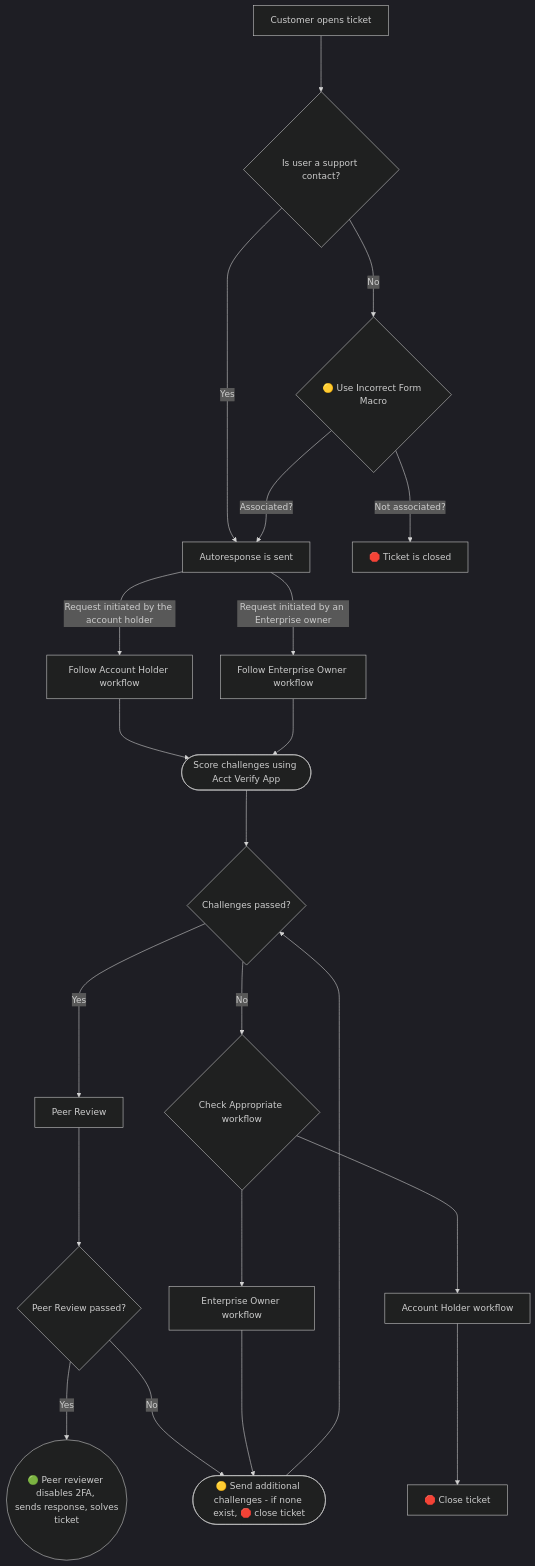
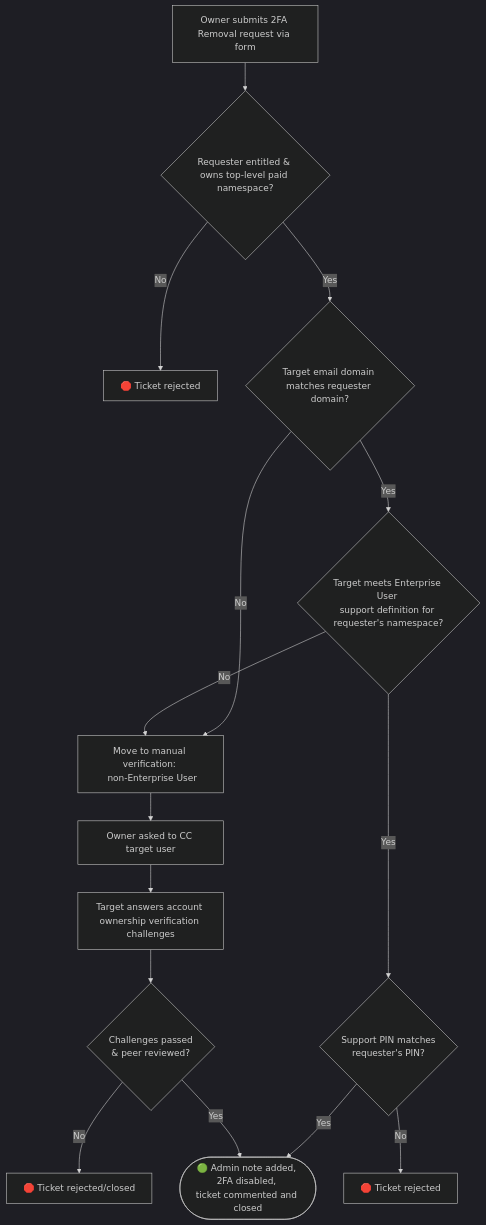
The diagram in content/handbook/support/workflows/2fa-removal.md (kyama0/gitlab-handbook-ja), drawn with Mermaid (dark theme) before and after one commit. The commit also changed other lines of this file and 13 other files, not shown here.

````diff
--- a/content/handbook/support/workflows/2fa-removal.md
+++ b/content/handbook/support/workflows/2fa-removal.md
@@ -269,44 +119,33 @@
 ```mermaid
 flowchart TD
-    A[Customer opens ticket]
-    B{Is user a support contact?}
-    C[Autoresponse is sent]
-    D{🟡 Use Incorrect Form Macro}
-    E[🛑 Ticket is closed]
-    F[Follow Account Holder workflow]
-    G[Follow Enterprise Owner workflow]
-    H([Score challenges using Acct Verify App])
-    I{Challenges passed?}
-    J[Peer Review]
-    K{Peer Review passed?}
-    L{Check Appropriate workflow}
-    M[Account Holder workflow]
-    N[Enterprise Owner workflow]
-    O[🛑 Close ticket]
-    P([🟡 Send additional challenges - if none exist, 🛑 close ticket])
-    Q((🟢 Peer reviewer disables 2FA, </br> sends response, solves ticket))
-    A ---> B
-    B ---> |Yes| C
-    B ---> |No| D
-    D ---> |Associated?| C
-    D ---> | Not associated? | E
-    C ---> |Request initiated by the account holder| F
-    C ---> |Request initiated by an Enterprise owner| G
-    F ---> H
-    G ---> H
-    H ---> I
-    I ---> |Yes| J
-    I ---> |No| L
-    J ---> K
-    K ---> |Yes| Q
-    K ---> |No| P
-    L ---> M
-    L ---> N
-    M ---> O
-    N ---> P
-    P ---> I
-
-click D href "#step-0-validation"
-click F href "#request-for-2fa-removal-initiated-by-the-account-holder"
-click G href "#request-for-2fa-removal-initiated-by-an-enterprise-owner"
+    A[Owner submits 2FA Removal request via form]
+    B{Requester entitled & <br/>owns top-level paid namespace?}
+    C[🛑 Ticket rejected]
+    D{Target email domain <br/>matches requester domain?}
+    E{Target meets Enterprise User <br/>support definition for requester's namespace?}
+    F[Move to manual verification: <br/> non-Enterprise User]
+    G{Support PIN matches <br/>requester's PIN?}
+    H[🛑 Ticket rejected]
+    I([🟢 Admin note added, 2FA disabled, <br/>ticket commented and closed])
+    J[Owner asked to CC target user]
+    K[Target answers account <br/>ownership verification challenges]
+    L{Challenges passed <br/>& peer reviewed?}
+    M[🛑 Ticket rejected/closed]
+ 
+    A --> B
+    B -->|No| C
+    B -->|Yes| D
+    D -->|No| F
+    D -->|Yes| E
+    E -->|No| F
+    E -->|Yes| G
+    G -->|No| H
+    G -->|Yes| I
+    F --> J
+    J --> K
+    K --> L
+    L -->|Yes| I
+    L -->|No| M
+ 
+click F href "#manual-verification-fallback"
 ```
````
